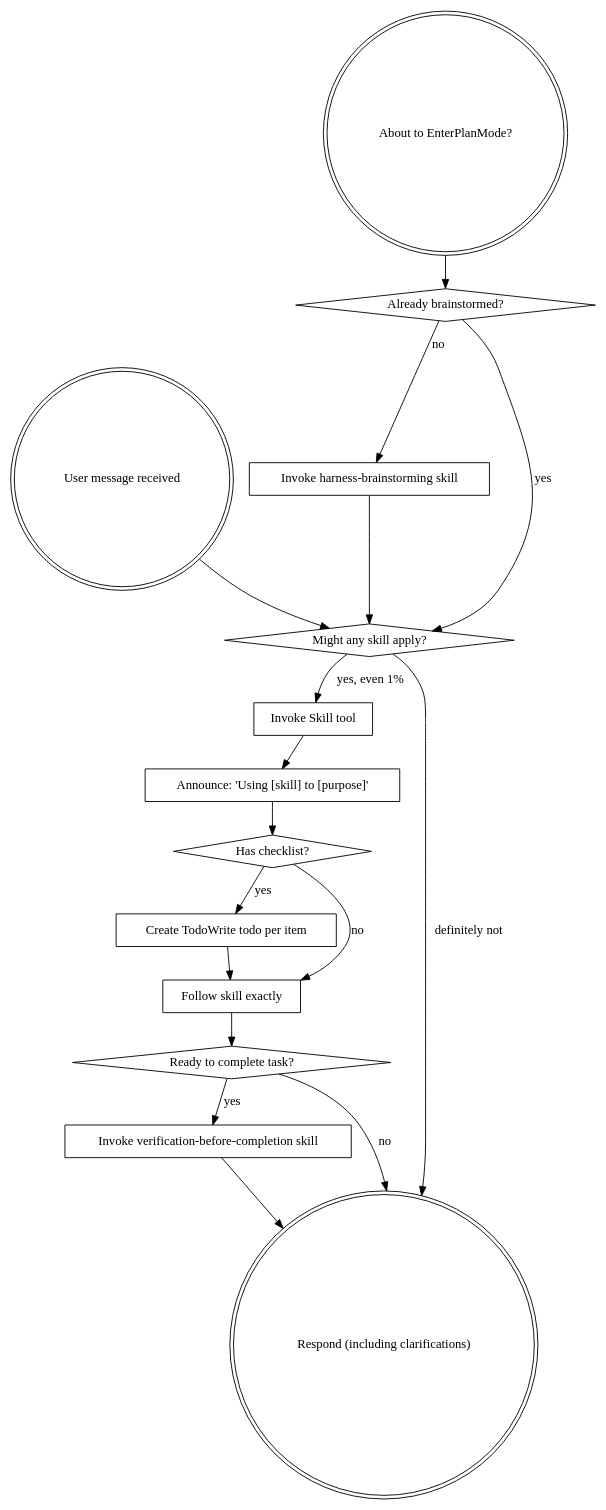
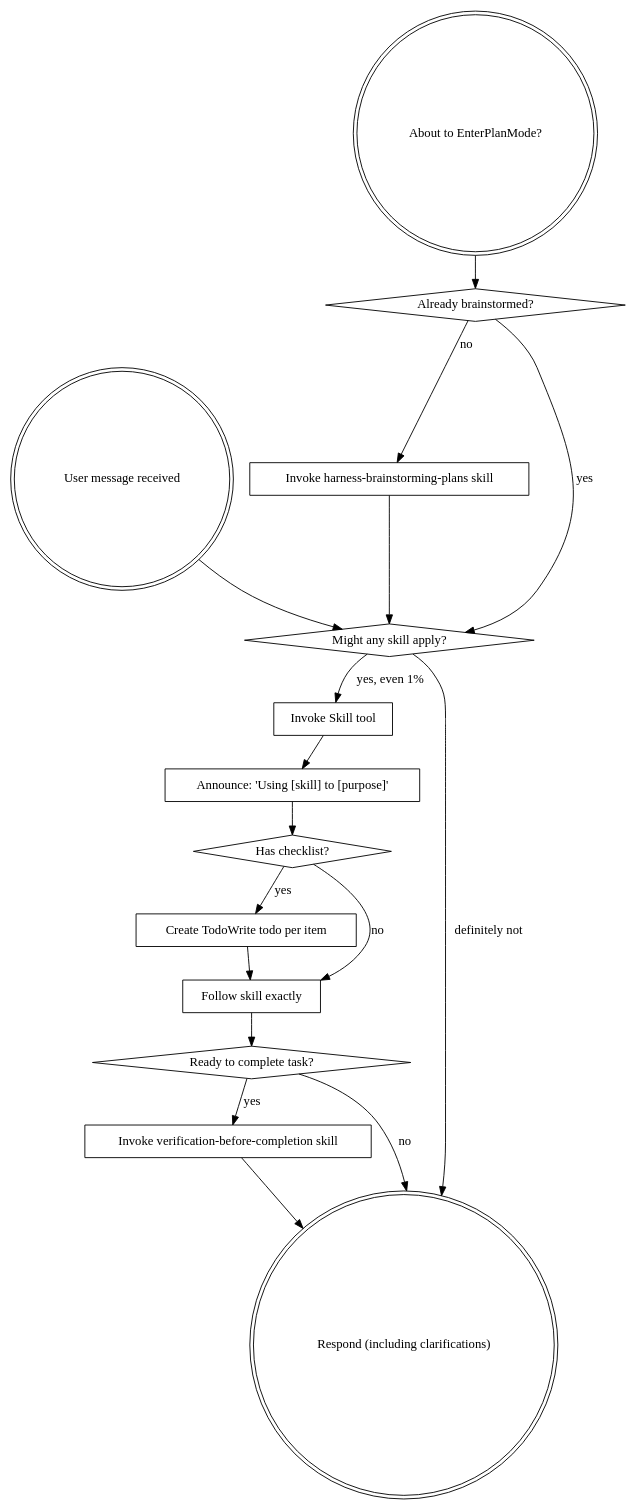
The diagram in .gemini/skills/using-harness-superpowers/SKILL.md (mapengbo0314/native-harness-workflow), drawn with Graphviz before and after one commit. The commit also changed other lines of this file and 24 other files, not shown here.

First line of the commit message:
fix(skills): update references to harness-brainstorming and harness-writing-plans

````diff
--- a/.gemini/skills/using-harness-superpowers/SKILL.md
+++ b/.gemini/skills/using-harness-superpowers/SKILL.md
@@ -48,35 +48,35 @@
 ```dot
 digraph skill_flow {
     "User message received" [shape=doublecircle];
     "About to EnterPlanMode?" [shape=doublecircle];
     "Already brainstormed?" [shape=diamond];
-    "Invoke harness-brainstorming skill" [shape=box];
+    "Invoke harness-brainstorming-plans skill" [shape=box];
     "Might any skill apply?" [shape=diamond];
     "Invoke Skill tool" [shape=box];
     "Announce: 'Using [skill] to [purpose]'" [shape=box];
     "Has checklist?" [shape=diamond];
     "Create TodoWrite todo per item" [shape=box];
     "Follow skill exactly" [shape=box];
     "Ready to complete task?" [shape=diamond];
     "Invoke verification-before-completion skill" [shape=box];
     "Respond (including clarifications)" [shape=doublecircle];
 
     "About to EnterPlanMode?" -> "Already brainstormed?";
-    "Already brainstormed?" -> "Invoke harness-brainstorming skill" [label="no"];
+    "Already brainstormed?" -> "Invoke harness-brainstorming-plans skill" [label="no"];
     "Already brainstormed?" -> "Might any skill apply?" [label="yes"];
-    "Invoke harness-brainstorming skill" -> "Might any skill apply?";
+    "Invoke harness-brainstorming-plans skill" -> "Might any skill apply?";
 
     "User message received" -> "Might any skill apply?";
     "Might any skill apply?" -> "Invoke Skill tool" [label="yes, even 1%"];
     "Might any skill apply?" -> "Respond (including clarifications)" [label="definitely not"];
     "Invoke Skill tool" -> "Announce: 'Using [skill] to [purpose]'";
     "Announce: 'Using [skill] to [purpose]'" -> "Has checklist?";
     "Has checklist?" -> "Create TodoWrite todo per item" [label="yes"];
     "Has checklist?" -> "Follow skill exactly" [label="no"];
     "Create TodoWrite todo per item" -> "Follow skill exactly";
     "Follow skill exactly" -> "Ready to complete task?";
     "Ready to complete task?" -> "Invoke verification-before-completion skill" [label="yes"];
     "Ready to complete task?" -> "Respond (including clarifications)" [label="no"];
     "Invoke verification-before-completion skill" -> "Respond (including clarifications)";
 }
 ```
````
